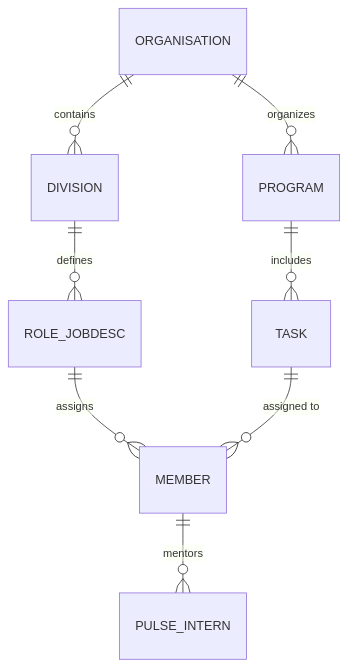
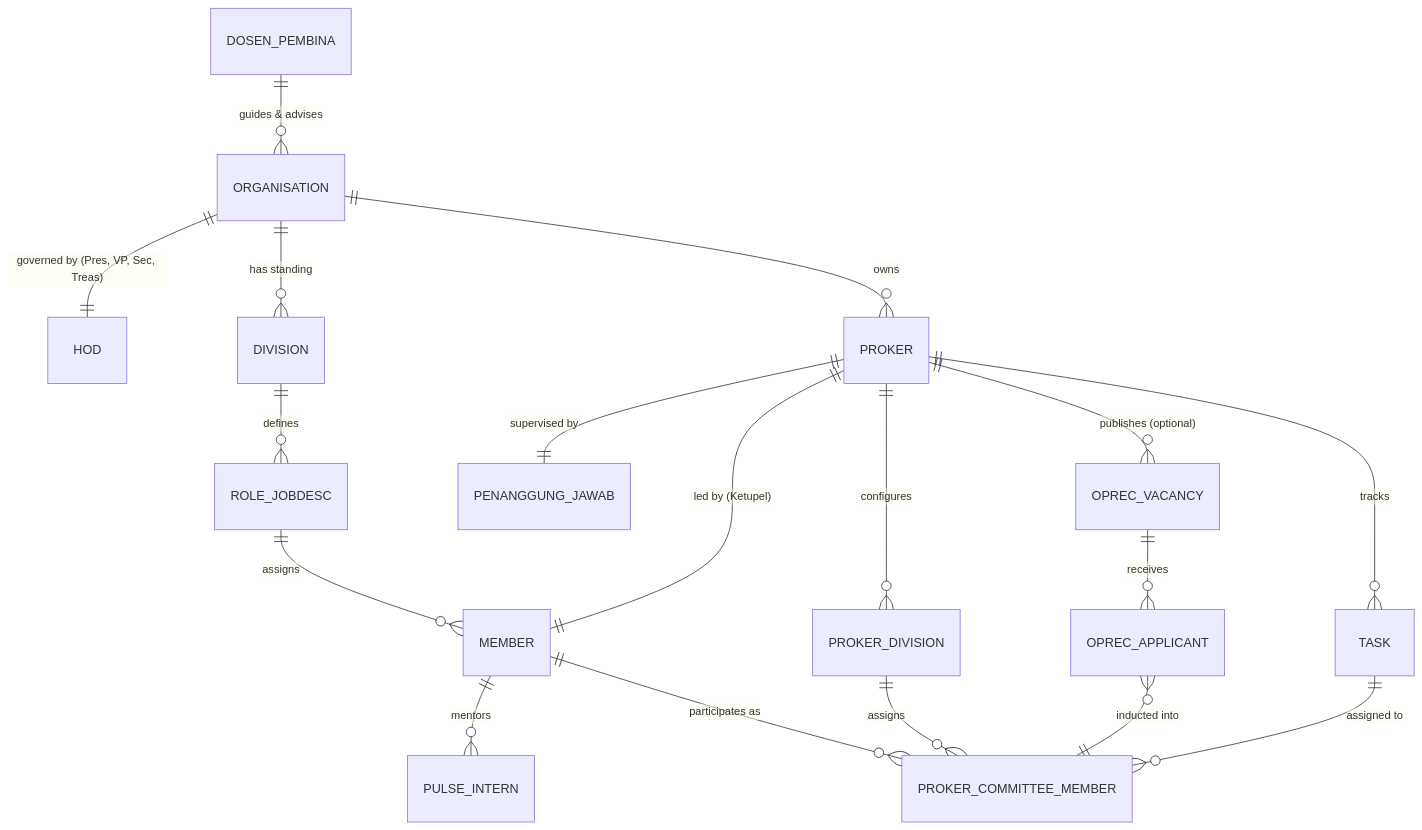
The fifth of 5 diagrams in README.md (Sean-230/Himpun-Cloudcom), drawn with Mermaid before and after one commit. The commit also changed other lines of this file, not shown here.

````diff
--- a/README.md
+++ b/README.md
@@ -77,10 +197,23 @@
 ```mermaid
 erDiagram
-    ORGANISATION ||--o{ DIVISION : contains
+    DOSEN_PEMBINA ||--o{ ORGANISATION : "guides & advises"
+    ORGANISATION ||--|| HOD : "governed by (Pres, VP, Sec, Treas)"
+    ORGANISATION ||--o{ DIVISION : "has standing"
     DIVISION ||--o{ ROLE_JOBDESC : defines
     ROLE_JOBDESC ||--o{ MEMBER : assigns
-    ORGANISATION ||--o{ PROGRAM : organizes
-    PROGRAM ||--o{ TASK : includes
-    TASK ||--o{ MEMBER : "assigned to"
     MEMBER ||--o{ PULSE_INTERN : mentors
+
+    ORGANISATION ||--o{ PROKER : owns
+    PROKER ||--|| PENANGGUNG_JAWAB : "supervised by"
+    PROKER ||--|| MEMBER : "led by (Ketupel)"
+    PROKER ||--o{ PROKER_DIVISION : configures
+    PROKER_DIVISION ||--o{ PROKER_COMMITTEE_MEMBER : assigns
+    MEMBER ||--o{ PROKER_COMMITTEE_MEMBER : "participates as"
+
+    PROKER ||--o{ OPREC_VACANCY : "publishes (optional)"
+    OPREC_VACANCY ||--o{ OPREC_APPLICANT : receives
+    OPREC_APPLICANT }o--|| PROKER_COMMITTEE_MEMBER : "inducted into"
+
+    PROKER ||--o{ TASK : tracks
+    TASK ||--o{ PROKER_COMMITTEE_MEMBER : "assigned to"
 ```
````
